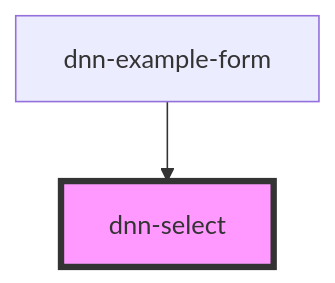
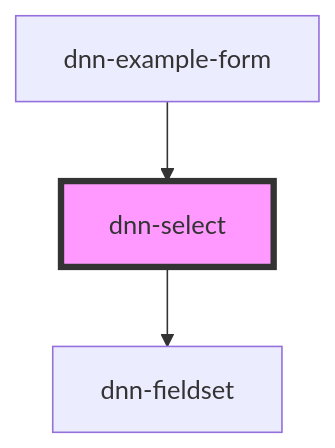
Before and after one commit to DNNCommunity/dnn-elements: the diagram in packages/stencil-library/src/components/dnn-select/readme.md, drawn with Mermaid. The commit also changed other lines of this file and 9 other files, not shown here.

First line of the commit message:
Updated dnn-select to use dnn-fieldset

````diff
--- a/packages/stencil-library/src/components/dnn-select/readme.md
+++ b/packages/stencil-library/src/components/dnn-select/readme.md
@@ -47,5 +51,6 @@
 ```mermaid
 graph TD;
+  dnn-select --> dnn-fieldset
   dnn-example-form --> dnn-select
   style dnn-select fill:#f9f,stroke:#333,stroke-width:4px
 ```
````
